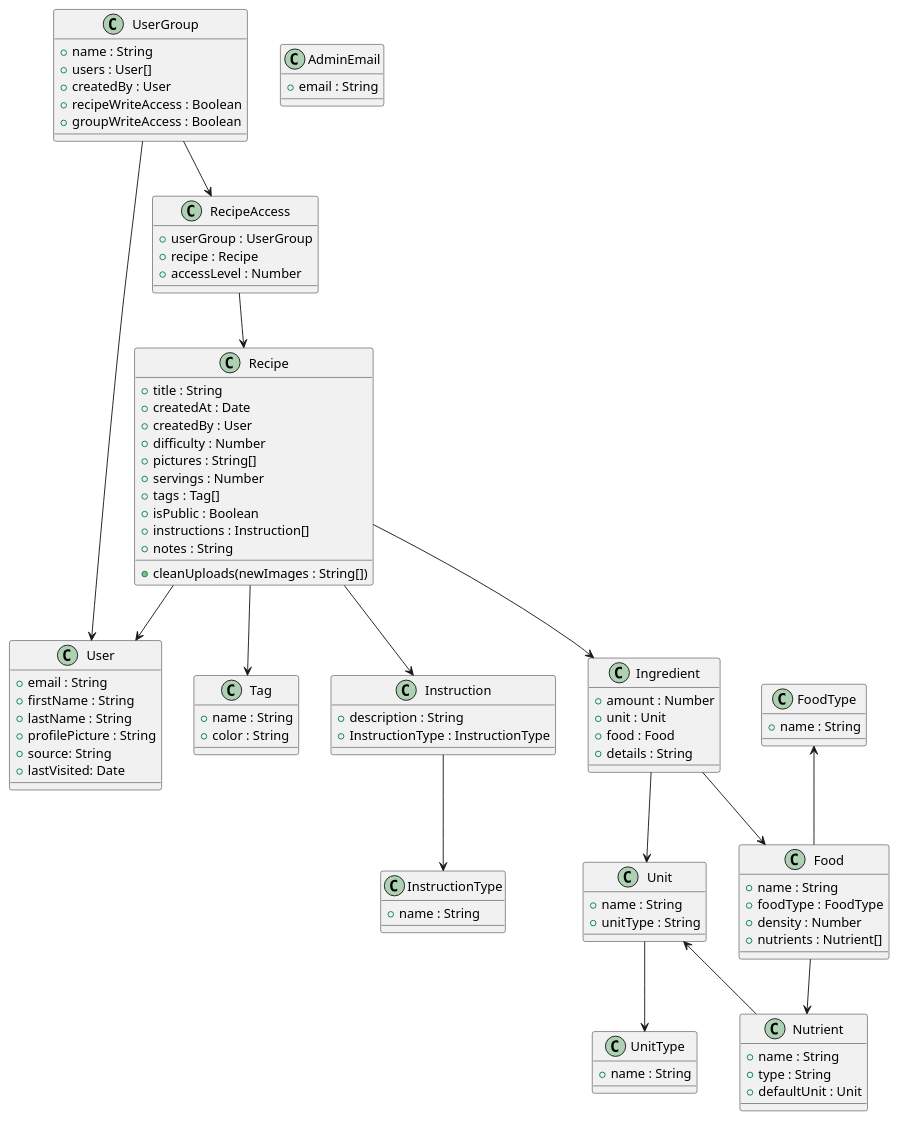
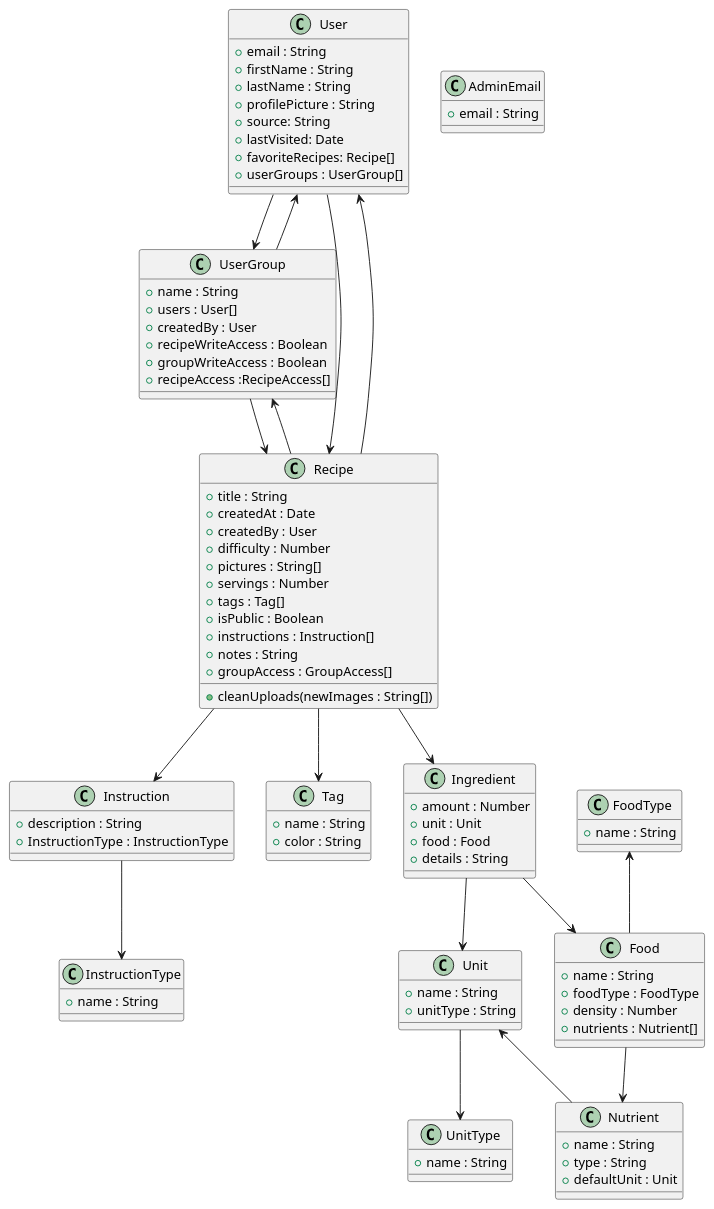
The diagram in erd_draft.puml (marinaFrey/mean-reyceitas), drawn with PlantUML before and after one commit. The commit also changed 1 other file, not shown here.

```diff
--- a/erd_draft.puml
+++ b/erd_draft.puml
@@ -1,108 +1,107 @@
 @startuml
 
 class User {
   +email : String
   +firstName : String
   +lastName : String
   +profilePicture : String
   +source: String
   +lastVisited: Date
+  +favoriteRecipes: Recipe[]
+  +userGroups : UserGroup[]
 }
 
 class UserGroup {
   +name : String
   +users : User[]
   +createdBy : User
   +recipeWriteAccess : Boolean
   +groupWriteAccess : Boolean
+  +recipeAccess :RecipeAccess[]
 }
-
-class RecipeAccess {
-  +userGroup : UserGroup
-  +recipe : Recipe
-  +accessLevel : Number
-}
-
 class Ingredient {
   +amount : Number
   +unit : Unit
   +food : Food
   +details : String
 }
 
 
 class Recipe {
   +title : String
   +createdAt : Date
   +createdBy : User
   +difficulty : Number
   +pictures : String[]
   +servings : Number
   +tags : Tag[]
   +isPublic : Boolean
   +instructions : Instruction[]
   +notes : String
+  +groupAccess : GroupAccess[]
   +cleanUploads(newImages : String[])
 }
 
 
 class Food {
   +name : String
   +foodType : FoodType
   +density : Number
   +nutrients : Nutrient[]
 }
 
 class Instruction {
     +description : String
     +InstructionType : InstructionType
 }
 
 class Tag {
   +name : String
   +color : String
 }
 class FoodType {
   +name : String
 }
 
 class InstructionType {
   +name : String
 }
 
 class Nutrient {
   +name : String
   +type : String
   +defaultUnit : Unit
 }
 
 
 class UnitType {
   +name : String
 }
 class Unit {
   +name : String
   +unitType : String
 }
 
 
 class AdminEmail {
   +email : String
 }
 
 Recipe --> Instruction
 Recipe --> User
 Recipe --> Ingredient
 Recipe --> Tag
-RecipeAccess --> Recipe
+Recipe --> UserGroup
+User --> Recipe
 Ingredient --> Food
 Ingredient --> Unit
 Food --> Nutrient
 UserGroup --> User
-UserGroup --> RecipeAccess
+User--> UserGroup
+UserGroup --> Recipe
 FoodType <-- Food
 Instruction --> InstructionType
 Unit <-- Nutrient
 Unit --> UnitType
 
 @enduml
```
